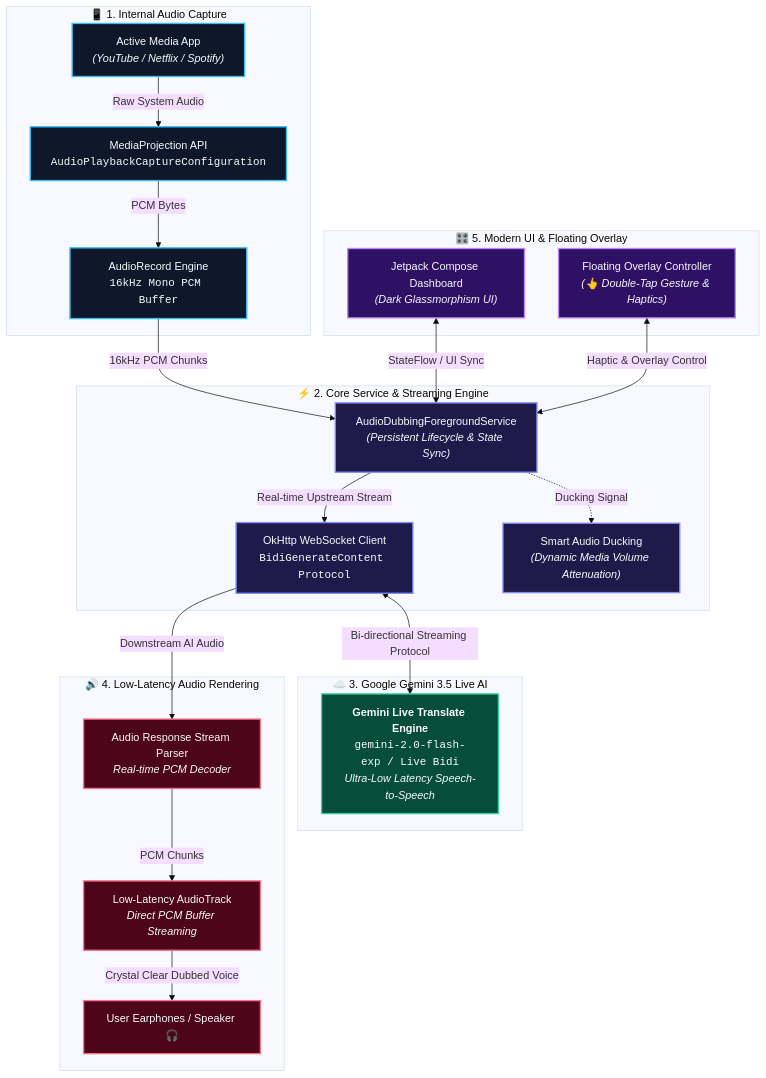
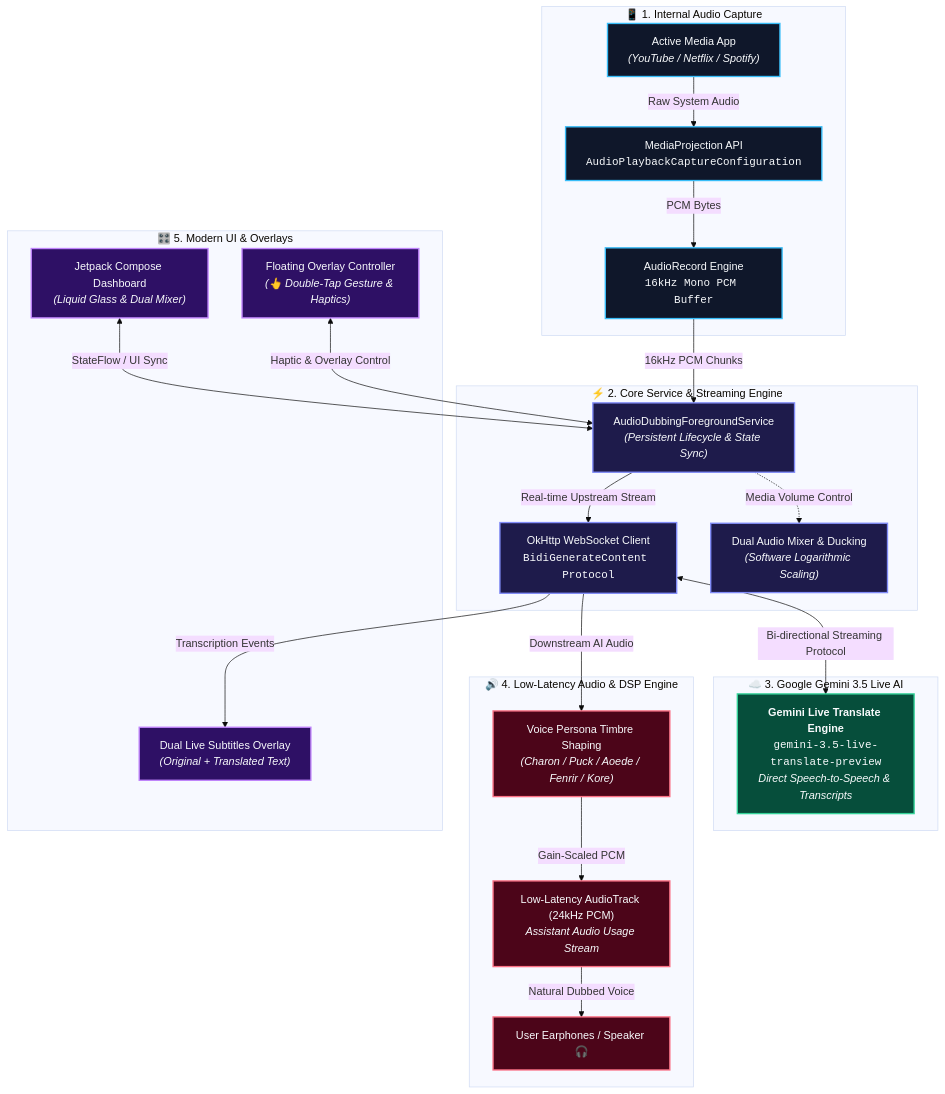
Before and after one commit to navidseyedain/ALAD-Mobile: the diagram in README.md, drawn with Mermaid (base theme). The commit also changed other lines of this file and 9 other files, not shown here.

````diff
--- a/README.md
+++ b/README.md
@@ -182,52 +206,54 @@
 ```mermaid
 flowchart TD
     subgraph Capture["📱 1. Internal Audio Capture"]
         APP["Active Media App<br/><i>(YouTube / Netflix / Spotify)</i>"]
         MP["MediaProjection API<br/><code>AudioPlaybackCaptureConfiguration</code>"]
         REC["AudioRecord Engine<br/><code>16kHz Mono PCM Buffer</code>"]
         APP -->|"Raw System Audio"| MP
         MP -->|"PCM Bytes"| REC
     end
 
     subgraph Service["⚡ 2. Core Service & Streaming Engine"]
         FS["AudioDubbingForegroundService<br/><i>(Persistent Lifecycle & State Sync)</i>"]
         WS["OkHttp WebSocket Client<br/><code>BidiGenerateContent Protocol</code>"]
-        DUCK["Smart Audio Ducking<br/><i>(Dynamic Media Volume Attenuation)</i>"]
+        MIX["Dual Audio Mixer & Ducking<br/><i>(Software Logarithmic Scaling)</i>"]
         REC -->|"16kHz PCM Chunks"| FS
         FS -->|"Real-time Upstream Stream"| WS
-        FS -.->|"Ducking Signal"| DUCK
+        FS -.->|"Media Volume Control"| MIX
     end
 
     subgraph Cloud["☁️ 3. Google Gemini 3.5 Live AI"]
-        GEMINI["<b>Gemini Live Translate Engine</b><br/><code>gemini-2.0-flash-exp / Live Bidi</code><br/><i>Ultra-Low Latency Speech-to-Speech</i>"]
+        GEMINI["<b>Gemini Live Translate Engine</b><br/><code>gemini-3.5-live-translate-preview</code><br/><i>Direct Speech-to-Speech & Transcripts</i>"]
         WS <-->|"Bi-directional Streaming Protocol"| GEMINI
     end
 
-    subgraph Playback["🔊 4. Low-Latency Audio Rendering"]
-        DEC["Audio Response Stream Parser<br/><i>Real-time PCM Decoder</i>"]
-        AT["Low-Latency AudioTrack<br/><i>Direct PCM Buffer Streaming</i>"]
+    subgraph Playback["🔊 4. Low-Latency Audio & DSP Engine"]
+        DSP["Voice Persona Timbre Shaping<br/><i>(Charon / Puck / Aoede / Fenrir / Kore)</i>"]
+        AT["Low-Latency AudioTrack (24kHz PCM)<br/><i>Assistant Audio Usage Stream</i>"]
         OUT["User Earphones / Speaker 🎧"]
-        WS -->|"Downstream AI Audio"| DEC
-        DEC -->|"PCM Chunks"| AT
-        AT -->|"Crystal Clear Dubbed Voice"| OUT
+        WS -->|"Downstream AI Audio"| DSP
+        DSP -->|"Gain-Scaled PCM"| AT
+        AT -->|"Natural Dubbed Voice"| OUT
     end
 
-    subgraph Controls["🎛️ 5. Modern UI & Floating Overlay"]
-        UI["Jetpack Compose Dashboard<br/><i>(Dark Glassmorphism UI)</i>"]
+    subgraph Controls["🎛️ 5. Modern UI & Overlays"]
+        UI["Jetpack Compose Dashboard<br/><i>(Liquid Glass & Dual Mixer)</i>"]
         WIDGET["Floating Overlay Controller<br/><i>(👆 Double-Tap Gesture & Haptics)</i>"]
+        SUB["Dual Live Subtitles Overlay<br/><i>(Original + Translated Text)</i>"]
+        WS -->|"Transcription Events"| SUB
         UI <-->|"StateFlow / UI Sync"| FS
         WIDGET <-->|"Haptic & Overlay Control"| FS
     end
 
     classDef capture fill:#0f172a,stroke:#38bdf8,stroke-width:2px,color:#f8fafc;
     classDef service fill:#1e1b4b,stroke:#818cf8,stroke-width:2px,color:#f8fafc;
     classDef cloud fill:#064e3b,stroke:#34d399,stroke-width:2px,color:#f8fafc;
     classDef playback fill:#4c0519,stroke:#fb7185,stroke-width:2px,color:#f8fafc;
     classDef controls fill:#2e1065,stroke:#c084fc,stroke-width:2px,color:#f8fafc;
 
     class APP,MP,REC capture;
-    class FS,WS,DUCK service;
+    class FS,WS,MIX service;
     class GEMINI cloud;
-    class DEC,AT,OUT playback;
-    class UI,WIDGET controls;
+    class DSP,AT,OUT playback;
+    class UI,WIDGET,SUB controls;
 ```
````
